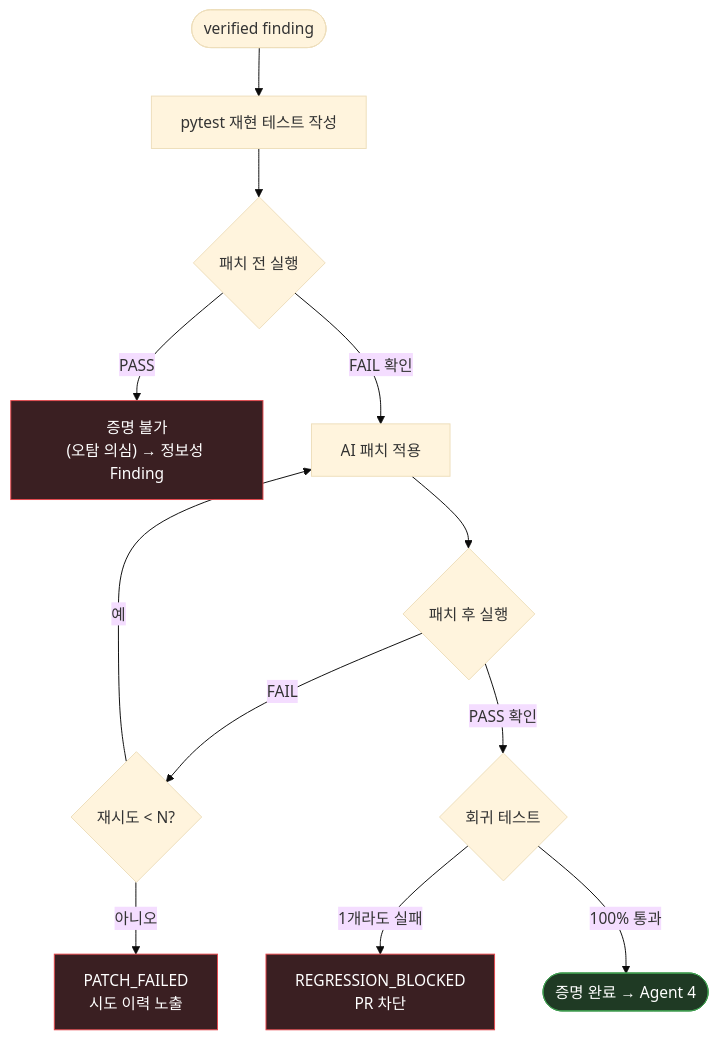
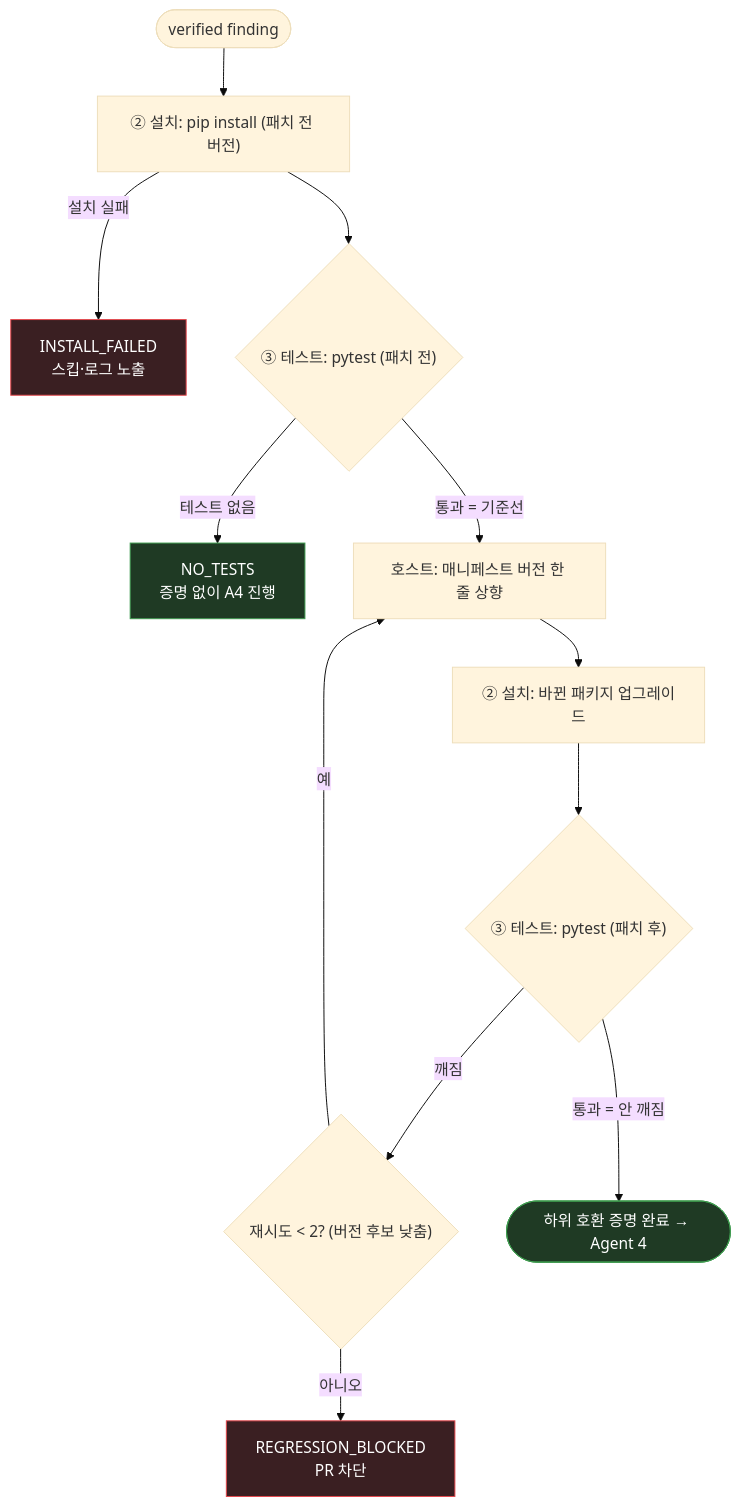
The fifth of 10 diagrams in DOCS/VibeGuard_Architecture.md (peachoath/vibeguard), drawn with Mermaid (base theme) before and after one commit. The commit also changed other lines of this file and 7 other files, not shown here.

````diff
--- a/DOCS/VibeGuard_Architecture.md
+++ b/DOCS/VibeGuard_Architecture.md
@@ -163,19 +171,19 @@
 ```mermaid
 flowchart TD
-    START([verified finding]) --> GEN[pytest 재현 테스트 작성]
-    GEN --> PRE{패치 전 실행}
-    PRE -->|PASS| FALSE["증명 불가<br/>(오탐 의심) → 정보성 Finding"]
-    PRE -->|FAIL 확인| PATCH[AI 패치 적용]
-    PATCH --> POST{패치 후 실행}
-    POST -->|FAIL| RETRY{재시도 < N?}
+    START([verified finding]) --> INST1["② 설치: pip install (패치 전 버전)"]
+    INST1 -->|설치 실패| IFAIL["INSTALL_FAILED<br/>스킵·로그 노출"]
+    INST1 --> PRE{"③ 테스트: pytest (패치 전)"}
+    PRE -->|테스트 없음| NOTESTS["NO_TESTS<br/>증명 없이 A4 진행"]
+    PRE -->|통과 = 기준선| PATCH["호스트: 매니페스트 버전 한 줄 상향"]
+    PATCH --> INST2["② 설치: 바뀐 패키지 업그레이드"]
+    INST2 --> POST{"③ 테스트: pytest (패치 후)"}
+    POST -->|깨짐| RETRY{"재시도 < 2? (버전 후보 낮춤)"}
     RETRY -->|예| PATCH
-    RETRY -->|아니오| PFAIL[PATCH_FAILED<br/>시도 이력 노출]
-    POST -->|PASS 확인| REG{회귀 테스트}
-    REG -->|1개라도 실패| BLOCK[REGRESSION_BLOCKED<br/>PR 차단]
-    REG -->|100% 통과| DONE([증명 완료 → Agent 4])
+    RETRY -->|아니오| BLOCK["REGRESSION_BLOCKED<br/>PR 차단"]
+    POST -->|통과 = 안 깨짐| DONE([하위 호환 증명 완료 → Agent 4])
 
     classDef bad fill:#3a1f22,stroke:#e5484d,color:#fff;
     classDef good fill:#1f3a24,stroke:#3e9b4f,color:#fff;
-    class FALSE,PFAIL,BLOCK bad;
-    class DONE good;
+    class IFAIL,BLOCK bad;
+    class DONE,NOTESTS good;
 ```
````
